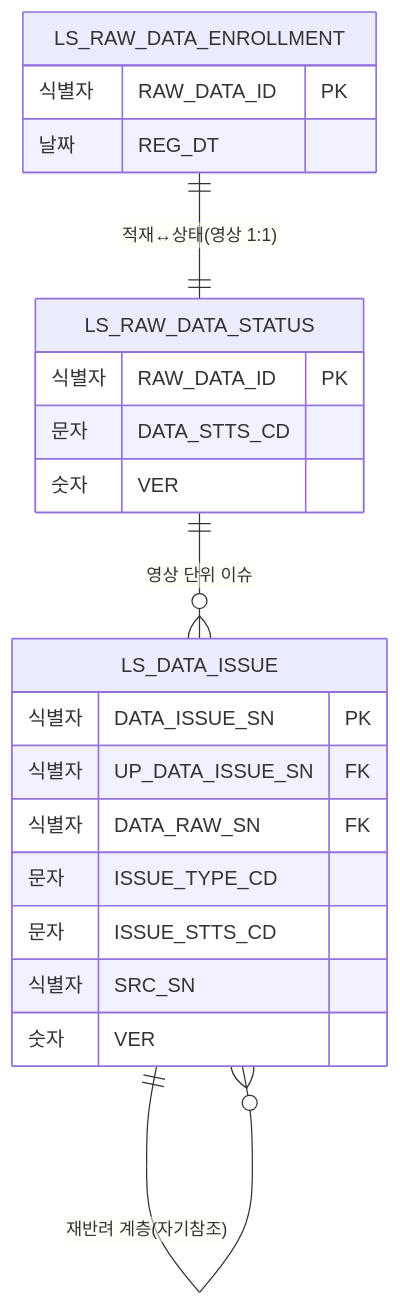
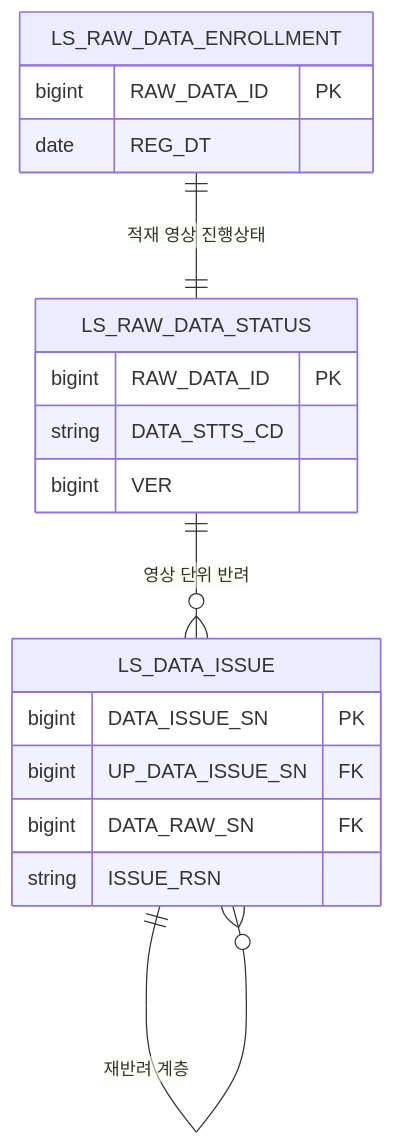
One commit to New-stella/klid-label changed the sixth of 14 diagrams in docs/design/D8-엔티티관계모형설계서.md. Above: the diagram before and after it, drawn with Mermaid. The commit also changed other lines of this file and 7 other files, not shown here.

````diff
--- a/docs/design/D8-엔티티관계모형설계서.md
+++ b/docs/design/D8-엔티티관계모형설계서.md
@@ -201,24 +225,21 @@
 ```mermaid
 erDiagram
-    LS_RAW_DATA_ENROLLMENT ||--|| LS_RAW_DATA_STATUS : "적재↔상태(영상 1:1)"
-    LS_RAW_DATA_STATUS ||--o{ LS_DATA_ISSUE : "영상 단위 이슈"
-    LS_DATA_ISSUE ||--o{ LS_DATA_ISSUE : "재반려 계층(자기참조)"
+    LS_RAW_DATA_ENROLLMENT ||--|| LS_RAW_DATA_STATUS : "적재 영상 진행상태"
+    LS_RAW_DATA_STATUS ||--o{ LS_DATA_ISSUE : "영상 단위 반려"
+    LS_DATA_ISSUE ||--o{ LS_DATA_ISSUE : "재반려 계층"
     LS_RAW_DATA_ENROLLMENT {
-        식별자 RAW_DATA_ID PK
-        날짜 REG_DT
+        bigint RAW_DATA_ID PK
+        date REG_DT
     }
     LS_RAW_DATA_STATUS {
-        식별자 RAW_DATA_ID PK
-        문자 DATA_STTS_CD
-        숫자 VER
+        bigint RAW_DATA_ID PK
+        string DATA_STTS_CD
+        bigint VER
     }
     LS_DATA_ISSUE {
-        식별자 DATA_ISSUE_SN PK
-        식별자 UP_DATA_ISSUE_SN FK
-        식별자 DATA_RAW_SN FK
-        문자 ISSUE_TYPE_CD
-        문자 ISSUE_STTS_CD
-        식별자 SRC_SN
-        숫자 VER
+        bigint DATA_ISSUE_SN PK
+        bigint UP_DATA_ISSUE_SN FK
+        bigint DATA_RAW_SN FK
+        string ISSUE_RSN
     }
 ```
````
